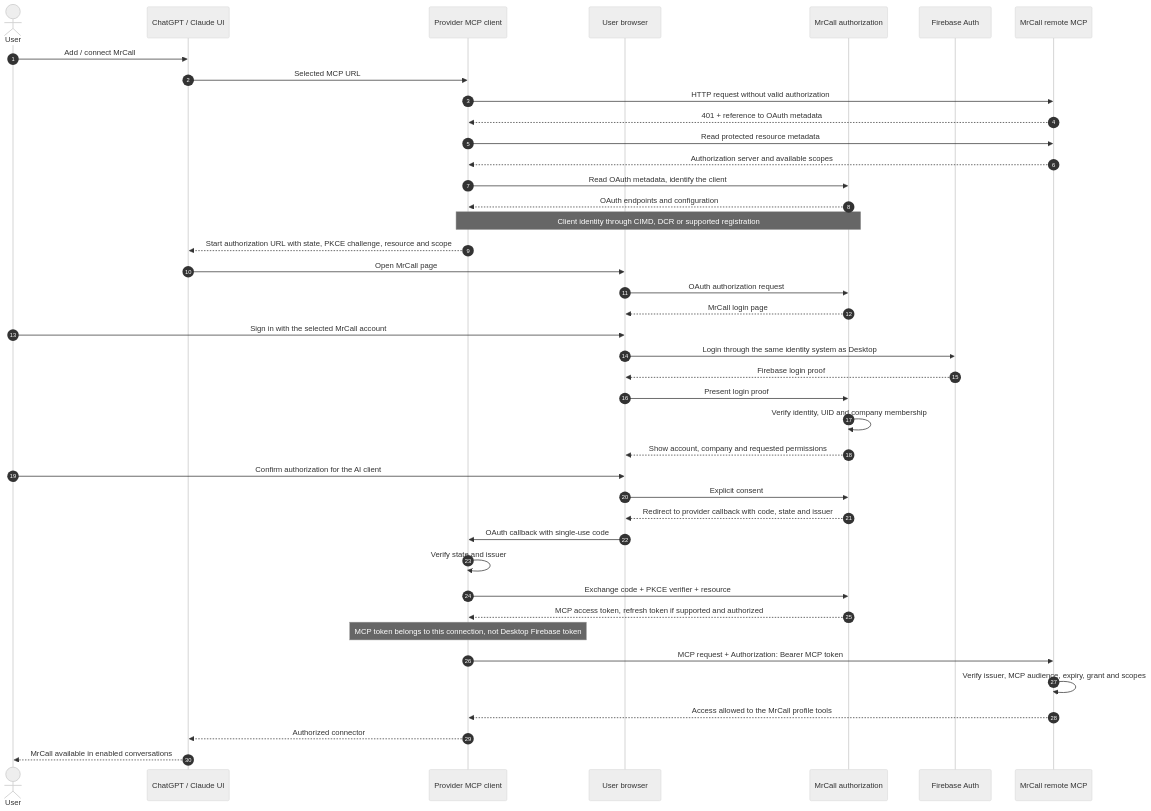
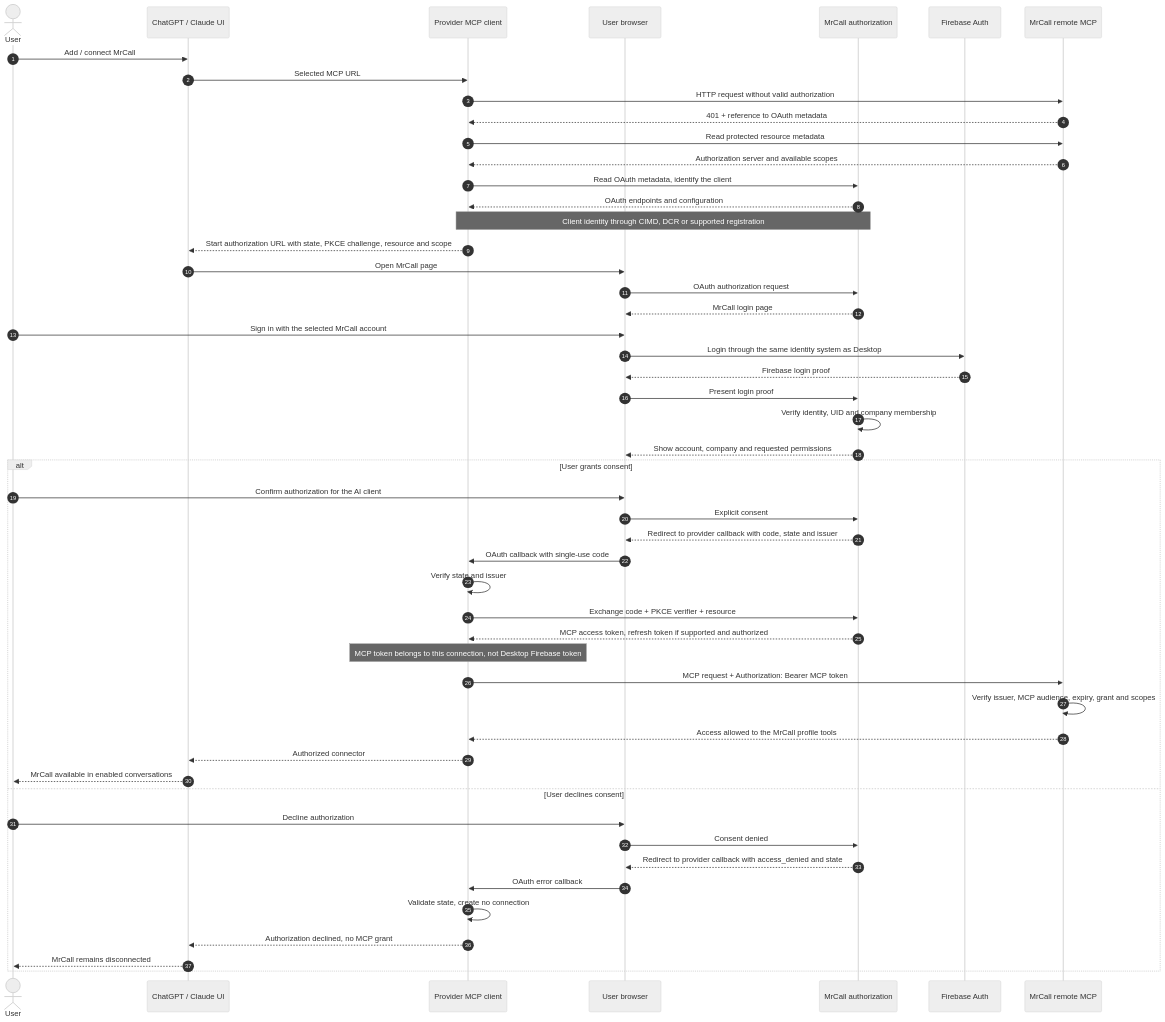
Before and after one commit to hahnbanach/mrcall-desktop: the second of 3 diagrams in docs/operator-data-flows/authentication.md, drawn with Mermaid (neutral theme). The commit also changed 3 other files, not shown here.

Commit message:
docs: clarify authorization and document handoff flows (#17)

````diff
--- a/docs/operator-data-flows/authentication.md
+++ b/docs/operator-data-flows/authentication.md
@@ -54,43 +54,53 @@
 ```mermaid
 sequenceDiagram
 autonumber
 actor U as User
 participant UI as ChatGPT / Claude UI
 participant C as Provider MCP client
 participant B as User browser
 participant A as MrCall authorization
 participant F as Firebase Auth
 participant M as MrCall remote MCP
 U->>UI: Add / connect MrCall
 UI->>C: Selected MCP URL
 C->>M: HTTP request without valid authorization
 M-->>C: 401 + reference to OAuth metadata
 C->>M: Read protected resource metadata
 M-->>C: Authorization server and available scopes
 C->>A: Read OAuth metadata, identify the client
 A-->>C: OAuth endpoints and configuration
 Note over C,A: Client identity through CIMD, DCR or supported registration
 C-->>UI: Start authorization URL with state, PKCE challenge, resource and scope
 UI->>B: Open MrCall page
 B->>A: OAuth authorization request
 A-->>B: MrCall login page
 U->>B: Sign in with the selected MrCall account
 B->>F: Login through the same identity system as Desktop
 F-->>B: Firebase login proof
 B->>A: Present login proof
 A->>A: Verify identity, UID and company membership
 A-->>B: Show account, company and requested permissions
+alt User grants consent
 U->>B: Confirm authorization for the AI client
 B->>A: Explicit consent
 A-->>B: Redirect to provider callback with code, state and issuer
 B->>C: OAuth callback with single-use code
 C->>C: Verify state and issuer
 C->>A: Exchange code + PKCE verifier + resource
 A-->>C: MCP access token, refresh token if supported and authorized
 Note over C: MCP token belongs to this connection, not Desktop Firebase token
 C->>M: MCP request + Authorization: Bearer MCP token
 M->>M: Verify issuer, MCP audience, expiry, grant and scopes
 M-->>C: Access allowed to the MrCall profile tools
 C-->>UI: Authorized connector
 UI-->>U: MrCall available in enabled conversations
+else User declines consent
+U->>B: Decline authorization
+B->>A: Consent denied
+A-->>B: Redirect to provider callback with access_denied and state
+B->>C: OAuth error callback
+C->>C: Validate state, create no connection
+C-->>UI: Authorization declined, no MCP grant
+UI-->>U: MrCall remains disconnected
+end
 ```
````
